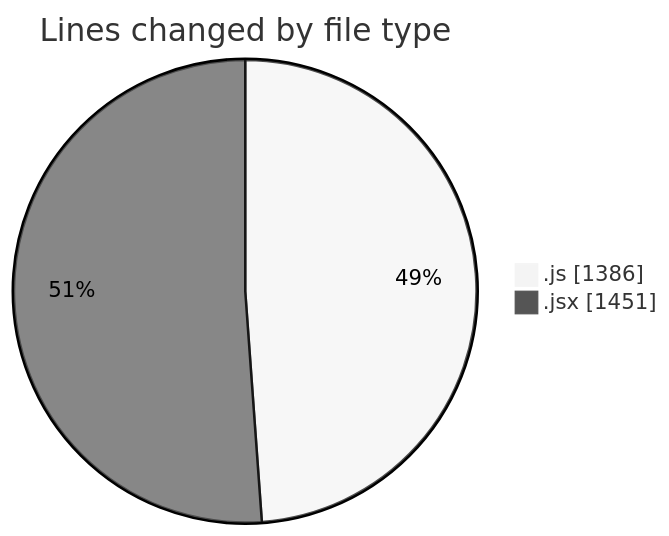
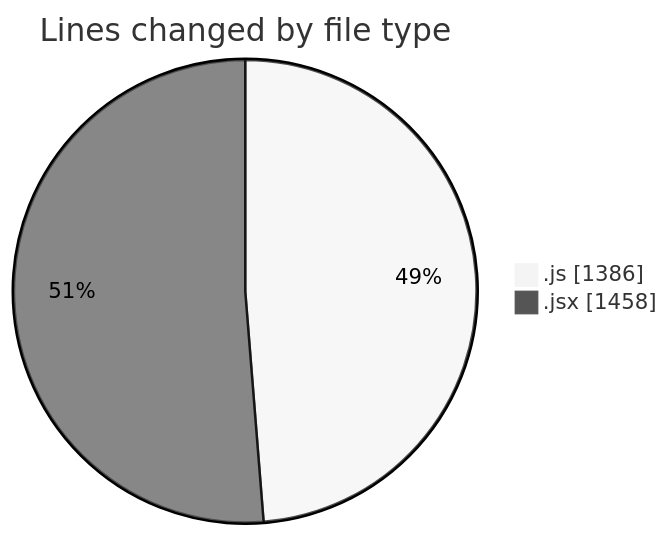
The first of 2 diagrams in 2025-07-29/nxtqube_webapp/README.md (nxtqubesakshisongat/code-tracking), drawn with Mermaid (neutral theme) before and after one commit. The commit also changed other lines of this file and 1 other file, not shown here.

````diff
--- a/2025-07-29/nxtqube_webapp/README.md
+++ b/2025-07-29/nxtqube_webapp/README.md
@@ -27,6 +27,6 @@
 ```mermaid
 pie showData
 title Lines changed by file type
 ".js" : 1386
-".jsx" : 1451
+".jsx" : 1458
 ```
````
